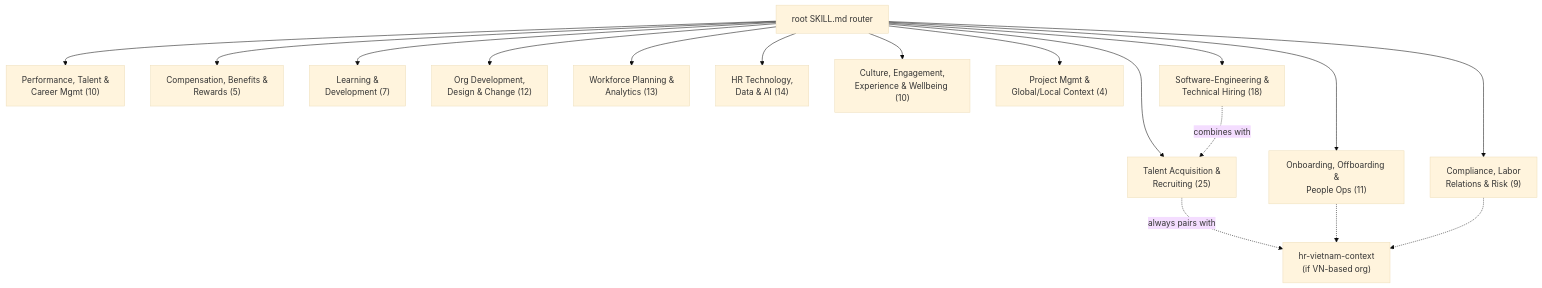
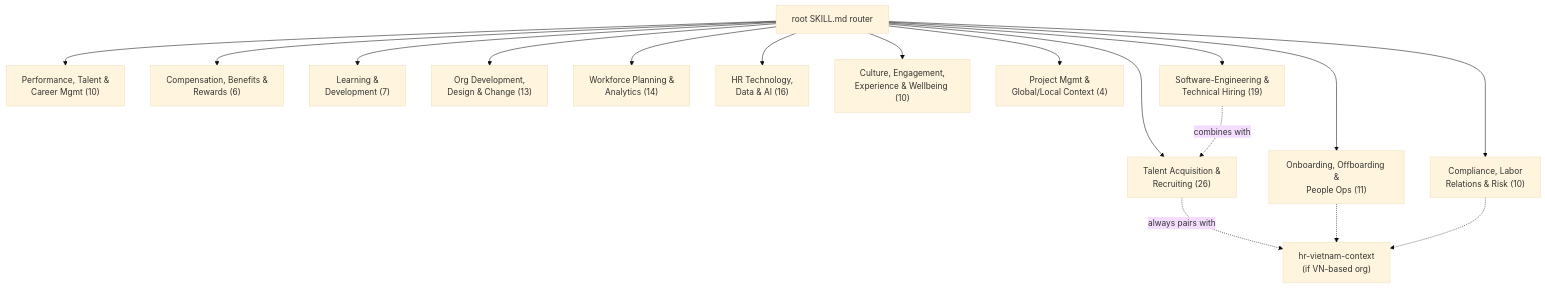
One commit to tuanductran/hr-skills changed the ninth of 11 diagrams in docs/ROADMAP.md. Above: the diagram before and after it, drawn with Mermaid (base theme). The commit also changed other lines of this file and 8 other files, not shown here.

````diff
--- a/docs/ROADMAP.md
+++ b/docs/ROADMAP.md
@@ -945,20 +947,20 @@
 ```mermaid
 graph TD
     Router["root SKILL.md router"]
-    Router --> TA["Talent Acquisition &<br/>Recruiting (25)"]
+    Router --> TA["Talent Acquisition &<br/>Recruiting (26)"]
     Router --> ON["Onboarding, Offboarding &<br/>People Ops (11)"]
     Router --> PF["Performance, Talent &<br/>Career Mgmt (10)"]
-    Router --> CB["Compensation, Benefits &<br/>Rewards (5)"]
+    Router --> CB["Compensation, Benefits &<br/>Rewards (6)"]
     Router --> LD["Learning &<br/>Development (7)"]
-    Router --> OD["Org Development,<br/>Design & Change (12)"]
-    Router --> WP["Workforce Planning &<br/>Analytics (13)"]
-    Router --> TE["HR Technology,<br/>Data & AI (14)"]
-    Router --> CO["Compliance, Labor<br/>Relations & Risk (9)"]
+    Router --> OD["Org Development,<br/>Design & Change (13)"]
+    Router --> WP["Workforce Planning &<br/>Analytics (14)"]
+    Router --> TE["HR Technology,<br/>Data & AI (16)"]
+    Router --> CO["Compliance, Labor<br/>Relations & Risk (10)"]
     Router --> CE["Culture, Engagement,<br/>Experience & Wellbeing (10)"]
     Router --> PM["Project Mgmt &<br/>Global/Local Context (4)"]
-    Router --> SE["Software-Engineering &<br/>Technical Hiring (18)"]
+    Router --> SE["Software-Engineering &<br/>Technical Hiring (19)"]
     TA -.always pairs with.-> VN["hr-vietnam-context<br/>(if VN-based org)"]
     ON -.-> VN
     CO -.-> VN
     SE -.combines with.-> TA
 ```
````
